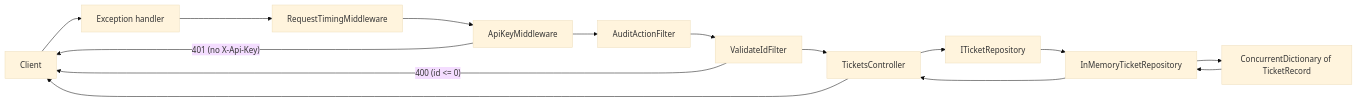
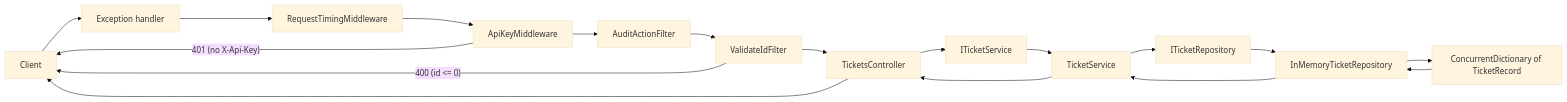
The diagram in HelpDesk.Api/README.md (sanbrasp/advancedbackendprogramming), drawn with Mermaid (base theme) before and after one commit. The commit also changed other lines of this file and 1 other file, not shown here.

Commit message:
docs: update README.md and Week45_InfrastructureArchitecture.md

````diff
--- a/HelpDesk.Api/README.md
+++ b/HelpDesk.Api/README.md
@@ -92,17 +95,20 @@
 ```mermaid
 flowchart LR
   C[Client] --> E[Exception handler]
   E --> R[RequestTimingMiddleware]
   R --> K[ApiKeyMiddleware]
   K -- "401 (no X-Api-Key)" --> C
   K --> F[AuditActionFilter]
   F --> V[ValidateIdFilter]
   V -- "400 (id <= 0)" --> C
   V --> T[TicketsController]
-  T --> I[ITicketRepository]
+  T --> S[ITicketService]
+  S --> TS[TicketService]
+  TS --> I[ITicketRepository]
   I --> M[InMemoryTicketRepository]
   M --> D[ConcurrentDictionary of TicketRecord]
   D --> M
-  M --> T
+  M --> TS
+  TS --> T
   T --> C
 ```
````
